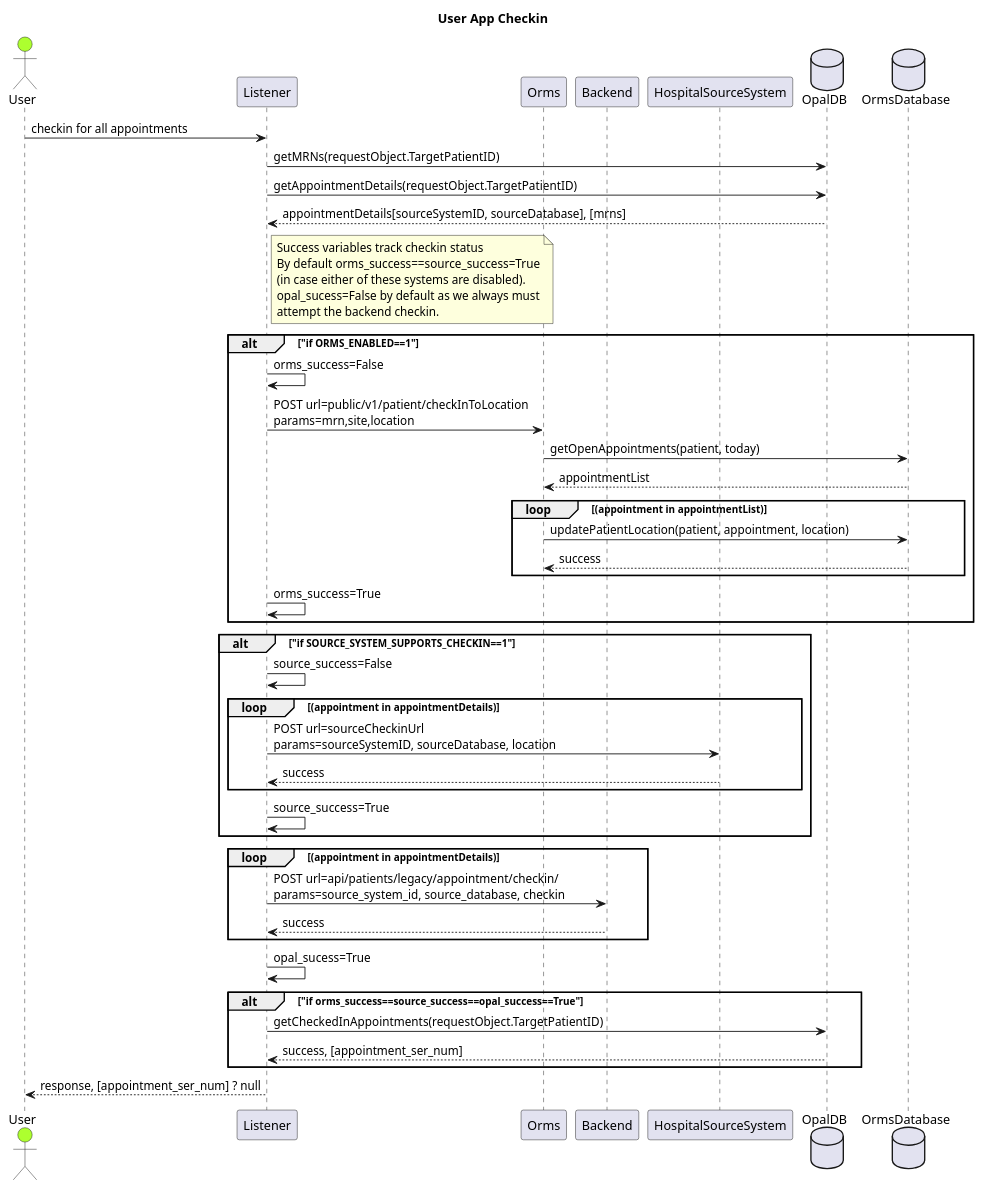
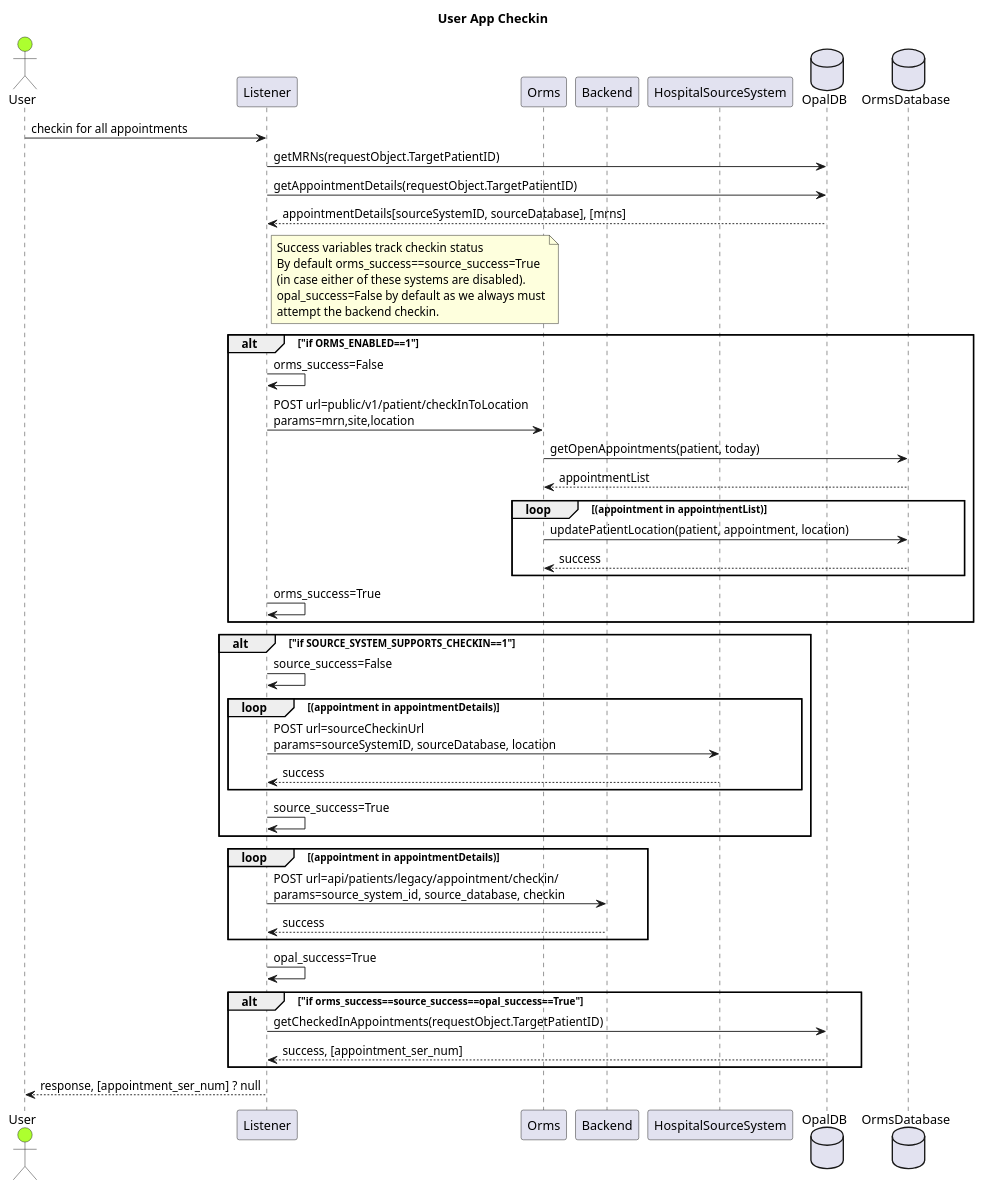
One commit to opalmedapps/docs changed the diagram in docs/development/architecture/diagrams/checkins/app_checkins.puml. Above: the diagram before and after it, drawn with PlantUML. The commit also changed 4 other files, not shown here.

```diff
--- a/docs/development/architecture/diagrams/checkins/app_checkins.puml
+++ b/docs/development/architecture/diagrams/checkins/app_checkins.puml
@@ -1,52 +1,52 @@
 @startuml User App Checkin
 title "User App Checkin"
 actor User as user #GreenYellow
 participant Listener as listener
 participant Orms as orms
 participant Backend as backend
 participant HospitalSourceSystem as source
 database OpalDB as opaldb
 database OrmsDatabase as ormsdb
 
 user -> listener: checkin for all appointments
 listener -> opaldb: getMRNs(requestObject.TargetPatientID)
 listener -> opaldb: getAppointmentDetails(requestObject.TargetPatientID)
 opaldb --> listener: appointmentDetails[sourceSystemID, sourceDatabase], [mrns]
 note right of listener
 Success variables track checkin status
 By default orms_success==source_success=True
 (in case either of these systems are disabled).
-opal_sucess=False by default as we always must
+opal_success=False by default as we always must
 attempt the backend checkin.
 end note
 alt "if ORMS_ENABLED==1"
     listener -> listener: orms_success=False
     listener -> orms: POST url=public/v1/patient/checkInToLocation\nparams=mrn,site,location
     orms -> ormsdb: getOpenAppointments(patient, today)
     ormsdb --> orms: appointmentList
     loop (appointment in appointmentList)
         orms -> ormsdb: updatePatientLocation(patient, appointment, location)
         ormsdb --> orms: success
     end
     listener -> listener: orms_success=True
 end
 alt "if SOURCE_SYSTEM_SUPPORTS_CHECKIN==1"
     listener -> listener: source_success=False
     loop (appointment in appointmentDetails)
         listener -> source: POST url=sourceCheckinUrl\nparams=sourceSystemID, sourceDatabase, location
         source --> listener: success
     end
     listener -> listener: source_success=True
 end
 loop (appointment in appointmentDetails)
 listener -> backend: POST url=api/patients/legacy/appointment/checkin/\nparams=source_system_id, source_database, checkin
 backend --> listener: success
 end
-listener -> listener: opal_sucess=True
+listener -> listener: opal_success=True
 
 alt "if orms_success==source_success==opal_success==True"
     listener -> opaldb: getCheckedInAppointments(requestObject.TargetPatientID)
     opaldb --> listener: success, [appointment_ser_num]
 end
 listener --> user: response, [appointment_ser_num] ? null
 @enduml
```
